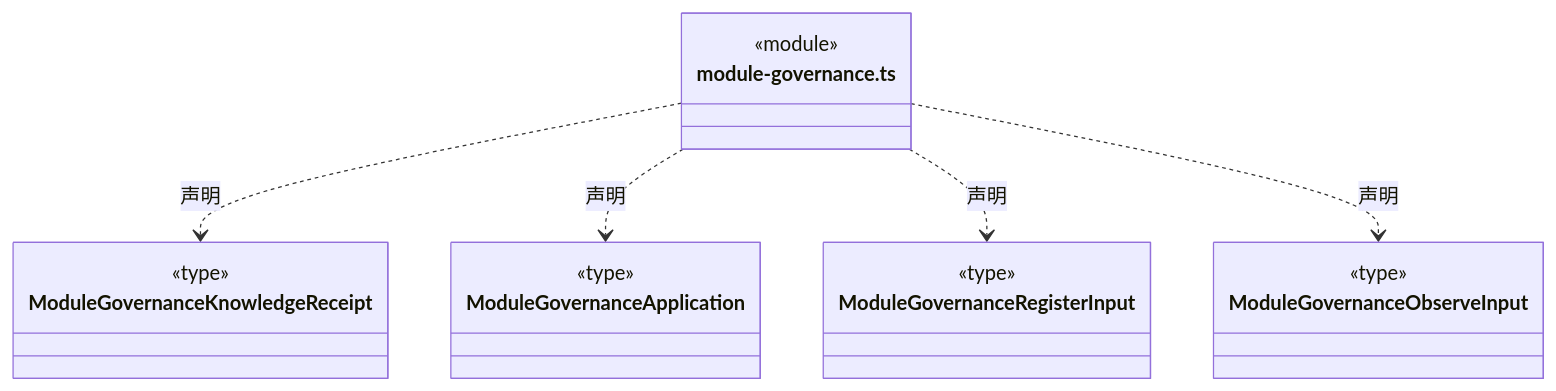
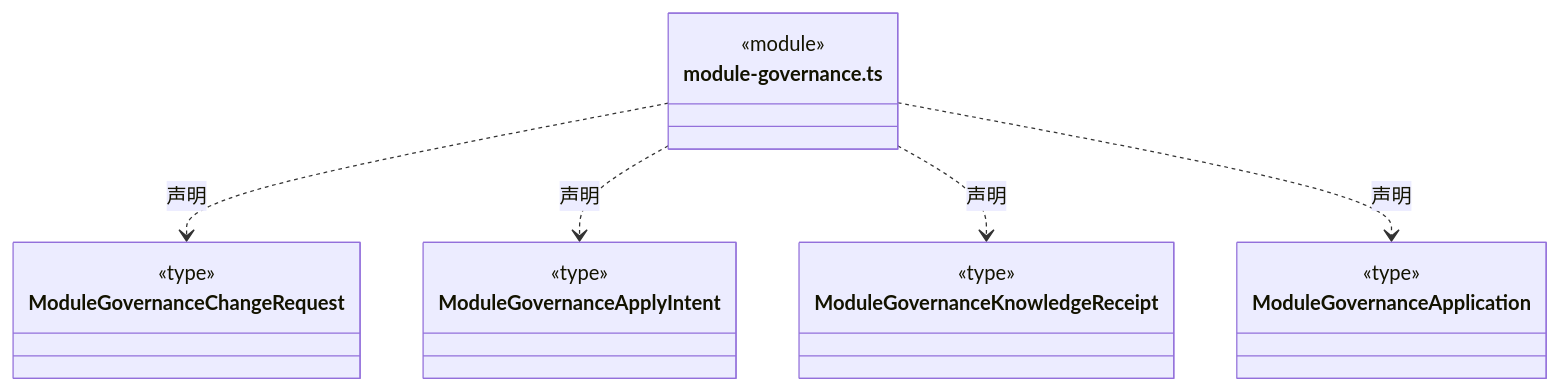
One commit to nan023062/cbim changed the ninth of 13 diagrams in src/backend/core/governance/ARCHITECTURE.md. Above: the diagram before and after it, drawn with Mermaid. The commit also changed other lines of this file and 53 other files, not shown here.

````diff
--- a/src/backend/core/governance/ARCHITECTURE.md
+++ b/src/backend/core/governance/ARCHITECTURE.md
@@ -134,26 +237,26 @@
 ```mermaid
 classDiagram
 class N_src_backend_core_governance_module_governance_ts["module-governance.ts"] {
   <<module>>
 }
+class N_src_backend_core_governance_module_governance_ts_ModuleGovernanceChangeRequest["ModuleGovernanceChangeRequest"] {
+  <<type>>
+
+}
+N_src_backend_core_governance_module_governance_ts ..> N_src_backend_core_governance_module_governance_ts_ModuleGovernanceChangeRequest : 声明
+class N_src_backend_core_governance_module_governance_ts_ModuleGovernanceApplyIntent["ModuleGovernanceApplyIntent"] {
+  <<type>>
+
+}
+N_src_backend_core_governance_module_governance_ts ..> N_src_backend_core_governance_module_governance_ts_ModuleGovernanceApplyIntent : 声明
 class N_src_backend_core_governance_module_governance_ts_ModuleGovernanceKnowledgeReceipt["ModuleGovernanceKnowledgeReceipt"] {
   <<type>>
 
 }
 N_src_backend_core_governance_module_governance_ts ..> N_src_backend_core_governance_module_governance_ts_ModuleGovernanceKnowledgeReceipt : 声明
 class N_src_backend_core_governance_module_governance_ts_ModuleGovernanceApplication["ModuleGovernanceApplication"] {
   <<type>>
 
 }
 N_src_backend_core_governance_module_governance_ts ..> N_src_backend_core_governance_module_governance_ts_ModuleGovernanceApplication : 声明
-class N_src_backend_core_governance_module_governance_ts_ModuleGovernanceRegisterInput["ModuleGovernanceRegisterInput"] {
-  <<type>>
-
-}
-N_src_backend_core_governance_module_governance_ts ..> N_src_backend_core_governance_module_governance_ts_ModuleGovernanceRegisterInput : 声明
-class N_src_backend_core_governance_module_governance_ts_ModuleGovernanceObserveInput["ModuleGovernanceObserveInput"] {
-  <<type>>
-
-}
-N_src_backend_core_governance_module_governance_ts ..> N_src_backend_core_governance_module_governance_ts_ModuleGovernanceObserveInput : 声明
 ```
````
